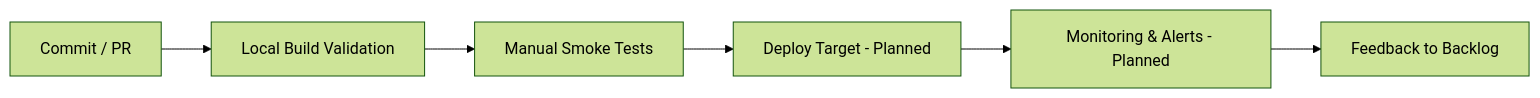
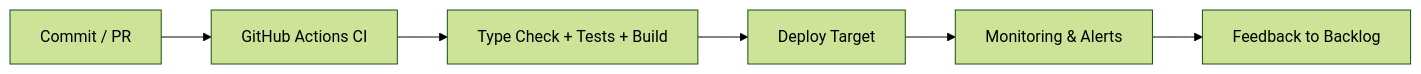
Before and after one commit to samueljackson-collab/AstraDup-Cross-Storage-Video-Files-duplication-tracker: the second of 2 diagrams in README.md, drawn with Mermaid (forest theme). The commit also changed other lines of this file and 7 other files, not shown here.

````diff
--- a/README.md
+++ b/README.md
@@ -407,8 +404,8 @@
 ```mermaid
 flowchart LR
-  A[Commit / PR] --> B[Local Build Validation]
-  B --> C[Manual Smoke Tests]
-  C --> D[Deploy Target - Planned]
-  D --> E[Monitoring & Alerts - Planned]
+  A[Commit / PR] --> B[GitHub Actions CI]
+  B --> C[Type Check + Tests + Build]
+  C --> D[Deploy Target]
+  D --> E[Monitoring & Alerts]
   E --> F[Feedback to Backlog]
 ```
````
